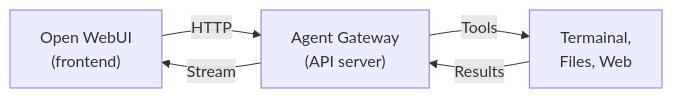
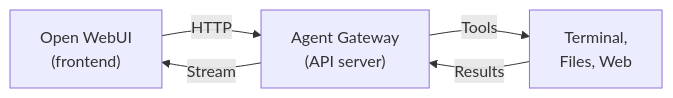
Before and after one commit to open-webui/docs: the diagram in docs/getting-started/quick-start/connect-an-agent/index.md, drawn with Mermaid.

Commit message:
fix: fix terminal typo
- change "Termainal" to "Terminal"

````diff
--- a/docs/getting-started/quick-start/connect-an-agent/index.md
+++ b/docs/getting-started/quick-start/connect-an-agent/index.md
@@ -44,11 +44,11 @@
 ```mermaid
 flowchart LR
     A["Open WebUI<br/>(frontend)"]
     B["Agent Gateway<br/>(API server)"]
-    C["Termainal,<br/>Files, Web"]
+    C["Terminal,<br/>Files, Web"]
 
     A -- HTTP --> B
     B -- Tools --> C
     C -- Results --> B
     B -- Stream --> A
 ```
````
